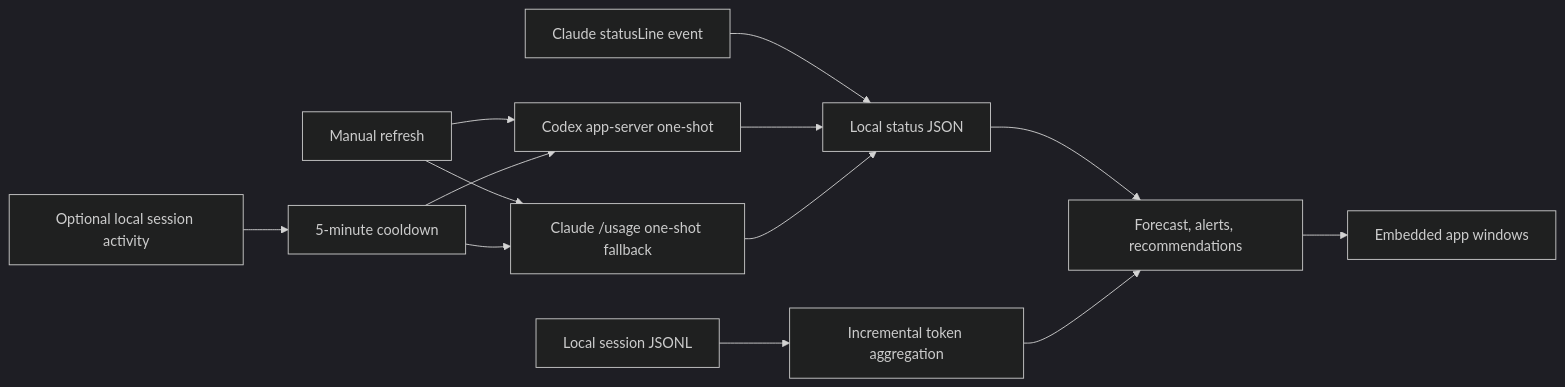
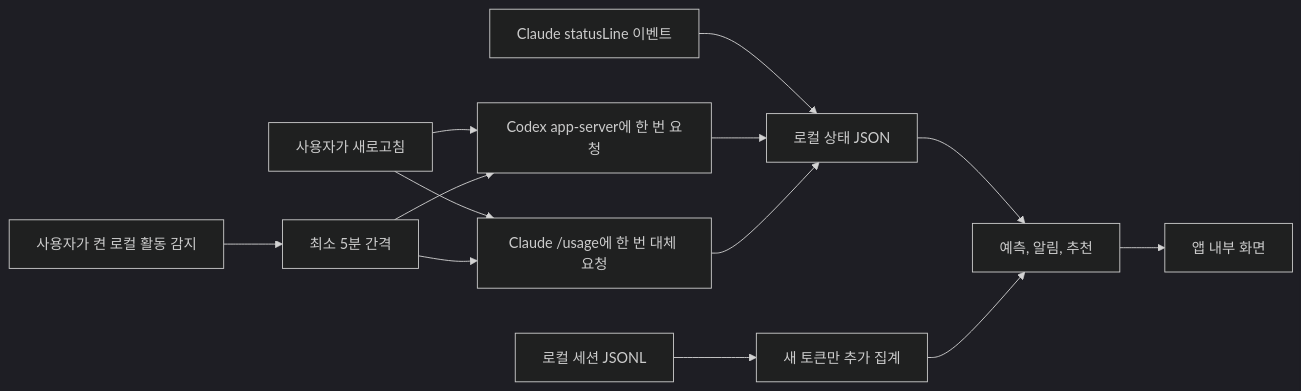
The diagram in README.md (Kyuhan1230/ai-usage-monitor), drawn with Mermaid (dark theme) before and after one commit. The commit also changed other lines of this file and 1 other file, not shown here.

````diff
--- a/README.md
+++ b/README.md
@@ -141,15 +155,15 @@
 ```mermaid
 flowchart LR
-    A["Manual refresh"] --> B["Codex app-server one-shot"]
-    A --> C["Claude /usage one-shot fallback"]
-    J["Optional local session activity"] --> K["5-minute cooldown"]
+    A["사용자가 새로고침"] --> B["Codex app-server에 한 번 요청"]
+    A --> C["Claude /usage에 한 번 대체 요청"]
+    J["사용자가 켠 로컬 활동 감지"] --> K["최소 5분 간격"]
     K --> B
     K --> C
-    D["Claude statusLine event"] --> E["Local status JSON"]
+    D["Claude statusLine 이벤트"] --> E["로컬 상태 JSON"]
     B --> E
     C --> E
-    F["Local session JSONL"] --> G["Incremental token aggregation"]
-    E --> H["Forecast, alerts, recommendations"]
+    F["로컬 세션 JSONL"] --> G["새 토큰만 추가 집계"]
+    E --> H["예측, 알림, 추천"]
     G --> H
-    H --> I["Embedded app windows"]
+    H --> I["앱 내부 화면"]
 ```
````
